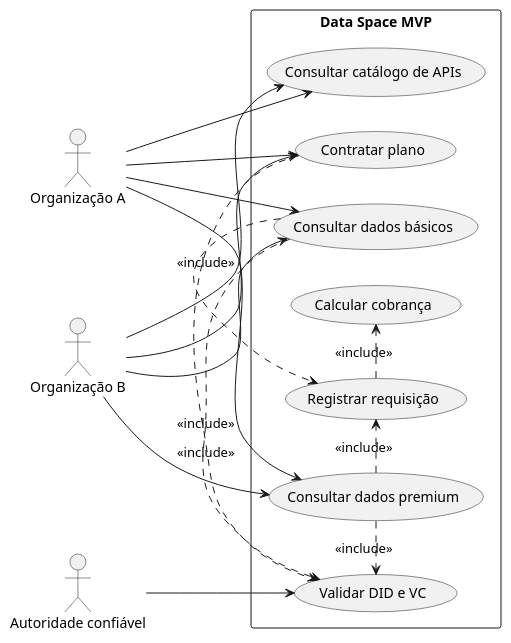
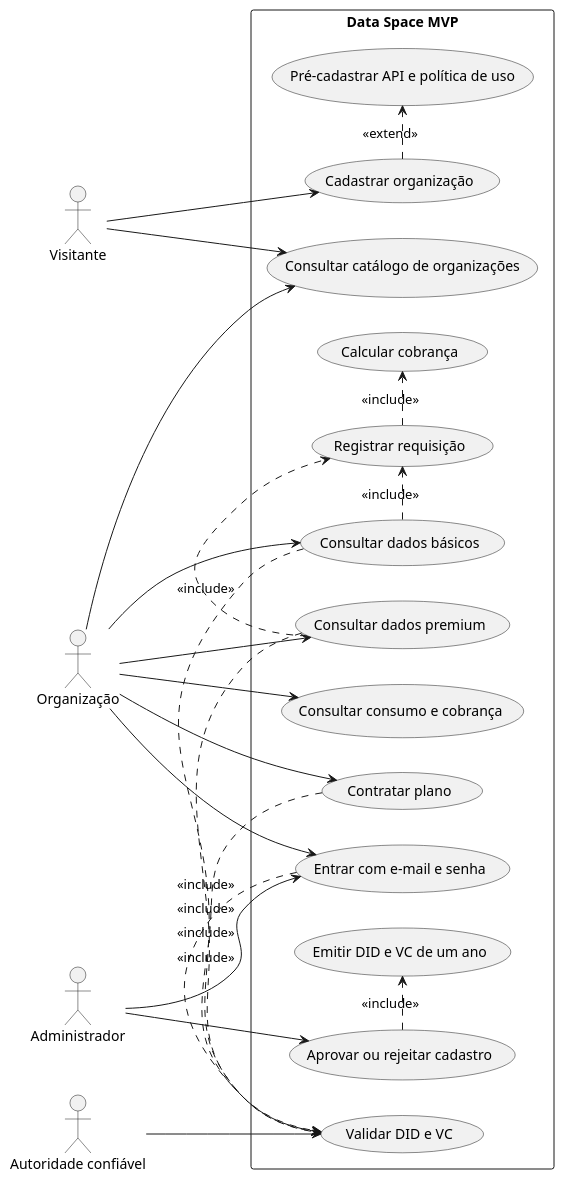
One commit to Pedro-Henrique-Assis/mvp-dataspaces changed the diagram in docs/uml/use-case.puml. Above: the diagram before and after it, drawn with PlantUML. The commit also changed 2 other files, not shown here.

Commit message:
docs: atualizar diagramas UML

```diff
--- a/docs/uml/use-case.puml
+++ b/docs/uml/use-case.puml
@@ -1,32 +1,45 @@
 @startuml
 left to right direction
-actor "Organização A" as A
-actor "Organização B" as B
+actor "Visitante" as Visitor
+actor "Organização" as Org
+actor "Administrador" as Admin
 actor "Autoridade confiável" as Authority
 
 rectangle "Data Space MVP" {
+  usecase "Consultar catálogo de organizações" as Catalog
+  usecase "Cadastrar organização" as Register
+  usecase "Pré-cadastrar API e política de uso" as RegisterApi
+  usecase "Entrar com e-mail e senha" as Login
+  usecase "Aprovar ou rejeitar cadastro" as Approve
+  usecase "Emitir DID e VC de um ano" as Issue
   usecase "Validar DID e VC" as Validate
-  usecase "Consultar catálogo de APIs" as Catalog
   usecase "Contratar plano" as Subscribe
   usecase "Consultar dados básicos" as Basic
   usecase "Consultar dados premium" as Premium
-  usecase "Registrar requisição" as Register
+  usecase "Registrar requisição" as LogRequest
   usecase "Calcular cobrança" as Bill
+  usecase "Consultar consumo e cobrança" as Usage
 }
 
-A --> Catalog
-A --> Subscribe
-A --> Basic
-A --> Premium
-B --> Catalog
-B --> Subscribe
-B --> Basic
-B --> Premium
+Visitor --> Catalog
+Visitor --> Register
+Org --> Catalog
+Org --> Login
+Org --> Subscribe
+Org --> Basic
+Org --> Premium
+Org --> Usage
+Admin --> Login
+Admin --> Approve
 Authority --> Validate
+
+Register .> RegisterApi : <<extend>>
+Approve .> Issue : <<include>>
+Login .> Validate : <<include>>
 Subscribe .> Validate : <<include>>
 Basic .> Validate : <<include>>
 Premium .> Validate : <<include>>
-Basic .> Register : <<include>>
-Premium .> Register : <<include>>
-Register .> Bill : <<include>>
+Basic .> LogRequest : <<include>>
+Premium .> LogRequest : <<include>>
+LogRequest .> Bill : <<include>>
 @enduml
```
